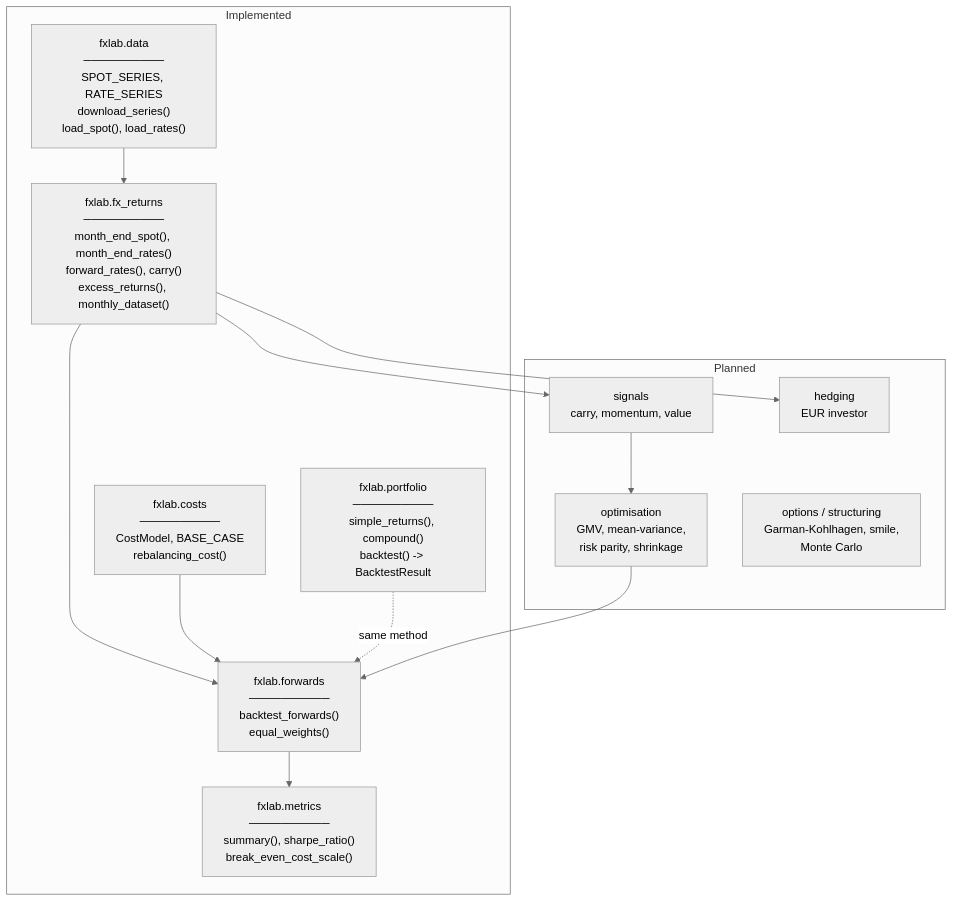
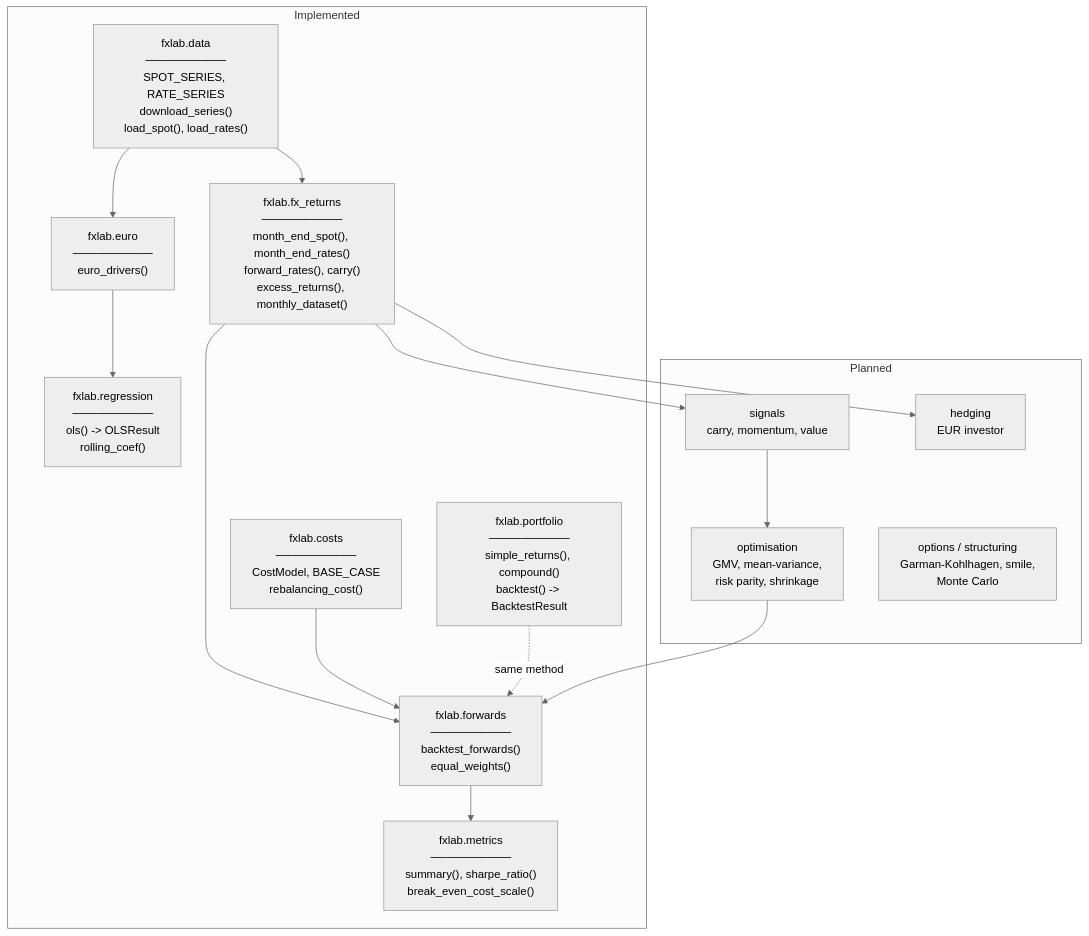
The second of 3 diagrams in ARCHITECTURE.md (tomrousselet/fx-portfolio-lab), drawn with Mermaid (neutral theme) before and after one commit. The commit also changed other lines of this file and 27 other files, not shown here.

````diff
--- a/ARCHITECTURE.md
+++ b/ARCHITECTURE.md
@@ -64,25 +70,28 @@
 ```mermaid
 graph TB
     subgraph Done["Implemented"]
         D["fxlab.data<br/>──────────<br/>SPOT_SERIES, RATE_SERIES<br/>download_series()<br/>load_spot(), load_rates()"]
         R["fxlab.fx_returns<br/>──────────<br/>month_end_spot(), month_end_rates()<br/>forward_rates(), carry()<br/>excess_returns(), monthly_dataset()"]
         P["fxlab.portfolio<br/>──────────<br/>simple_returns(), compound()<br/>backtest() -> BacktestResult"]
         C["fxlab.costs<br/>──────────<br/>CostModel, BASE_CASE<br/>rebalancing_cost()"]
         F["fxlab.forwards<br/>──────────<br/>backtest_forwards()<br/>equal_weights()"]
         M["fxlab.metrics<br/>──────────<br/>summary(), sharpe_ratio()<br/>break_even_cost_scale()"]
+        G["fxlab.regression<br/>──────────<br/>ols() -> OLSResult<br/>rolling_coef()"]
+        E["fxlab.euro<br/>──────────<br/>euro_drivers()"]
     end
 
     subgraph Planned["Planned"]
         S["signals<br/>carry, momentum, value"]
         O["optimisation<br/>GMV, mean-variance,<br/>risk parity, shrinkage"]
         H["hedging<br/>EUR investor"]
         X["options / structuring<br/>Garman-Kohlhagen, smile,<br/>Monte Carlo"]
     end
 
     D --> R --> F
     C --> F --> M
     P -.->|same method| F
+    D --> E --> G
     R --> S --> O --> F
     R --> H
     X
 ```
````
